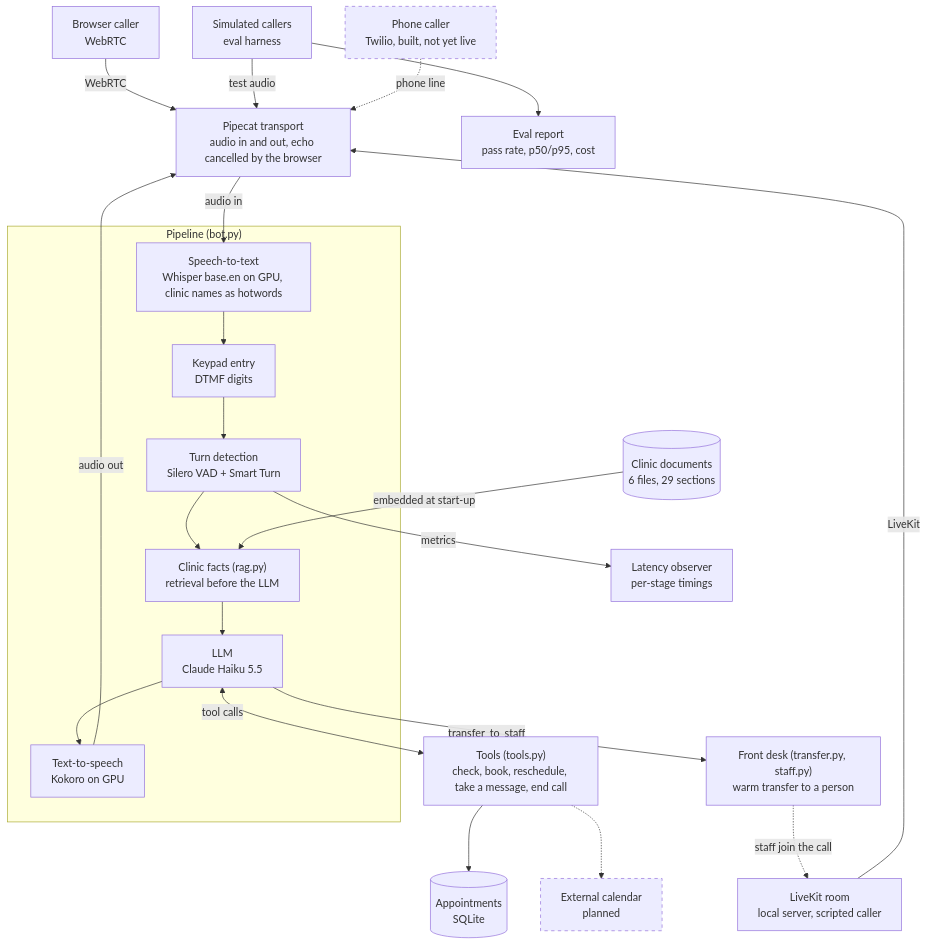
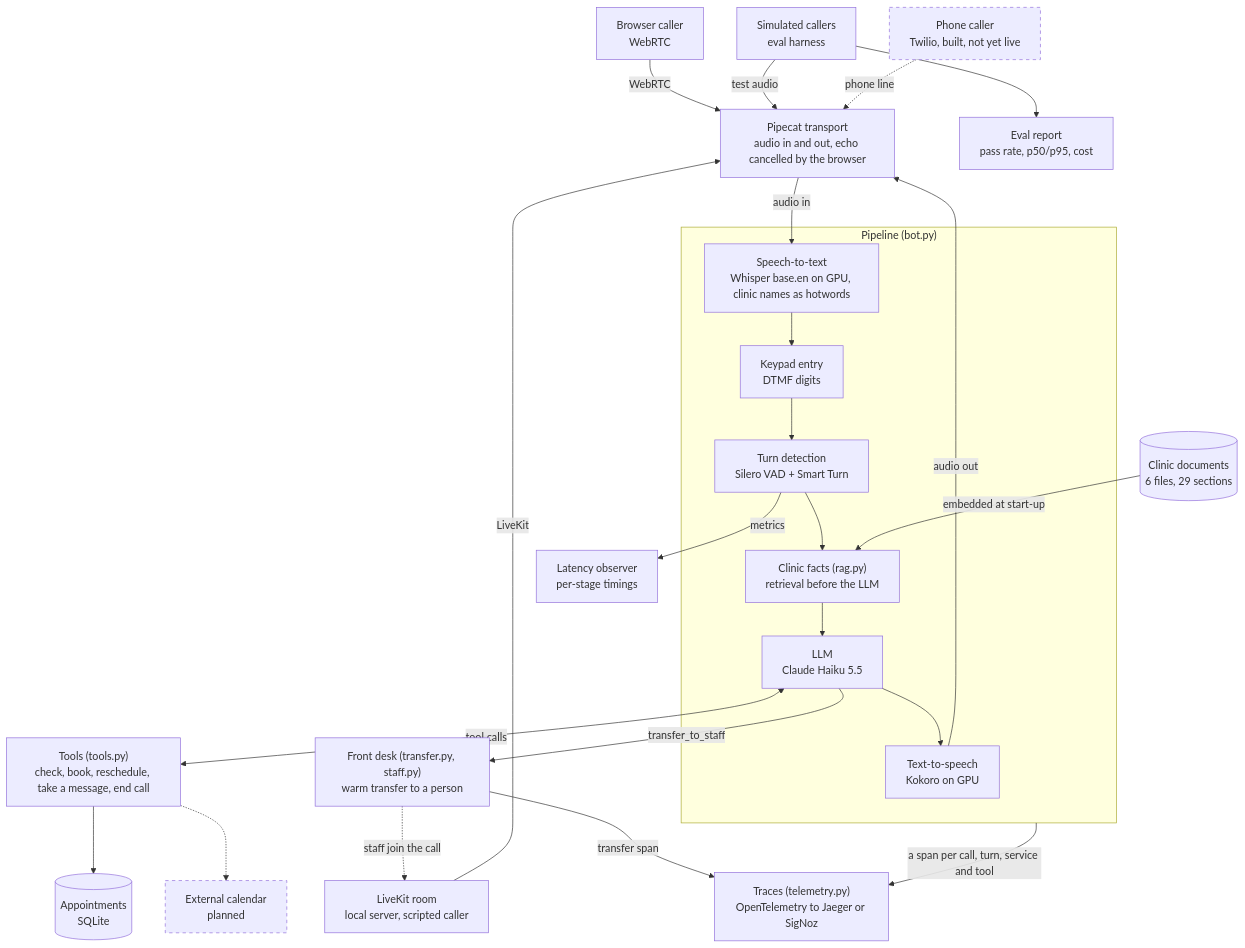
The first of 12 diagrams in README.md (captflag/AI-Voice-), drawn with Mermaid before and after one commit. The commit also changed other lines of this file and 6 other files, not shown here.

First line of the commit message:
Phase 8 step 3: OpenTelemetry traces of every call

````diff
--- a/README.md
+++ b/README.md
@@ -25,44 +25,47 @@
 ```mermaid
 flowchart TB
     browser["Browser caller<br/>WebRTC"]
     room["LiveKit room<br/>local server, scripted caller"]
     sim["Simulated callers<br/>eval harness"]
     phone["Phone caller<br/>Twilio, built, not yet live"]:::planned
 
     transport["Pipecat transport<br/>audio in and out, echo cancelled by the browser"]
 
     subgraph pipeline["Pipeline (bot.py)"]
         stt["Speech-to-text<br/>Whisper base.en on GPU, clinic names as hotwords"]
         keypad["Keypad entry<br/>DTMF digits"]
         turn["Turn detection<br/>Silero VAD + Smart Turn"]
         notes["Clinic facts (rag.py)<br/>retrieval before the LLM"]
         llm["LLM<br/>Claude Haiku 5.5"]
         tts["Text-to-speech<br/>Kokoro on GPU"]
         stt --> keypad --> turn --> notes --> llm --> tts
     end
 
     knowledge[("Clinic documents<br/>6 files, 29 sections")]
     tools["Tools (tools.py)<br/>check, book, reschedule, take a message, end call"]
     desk["Front desk (transfer.py, staff.py)<br/>warm transfer to a person"]
     db[("Appointments<br/>SQLite")]
     calendar["External calendar<br/>planned"]:::planned
     observer["Latency observer<br/>per-stage timings"]
+    traces["Traces (telemetry.py)<br/>OpenTelemetry to Jaeger or SigNoz"]
     report["Eval report<br/>pass rate, p50/p95, cost"]
 
     browser -->|WebRTC| transport
     room -->|LiveKit| transport
     sim -->|test audio| transport
     phone -.->|phone line| transport
     transport -->|audio in| stt
     tts -->|audio out| transport
     knowledge -->|embedded at start-up| notes
     llm <-->|tool calls| tools
     llm -->|transfer_to_staff| desk
     desk -.->|staff join the call| room
     tools --> db
     tools -.-> calendar
     turn -->|metrics| observer
+    pipeline -->|a span per call, turn, service and tool| traces
+    desk -->|transfer span| traces
     sim --> report
 
     classDef planned stroke-dasharray: 5 5
 ```
````
